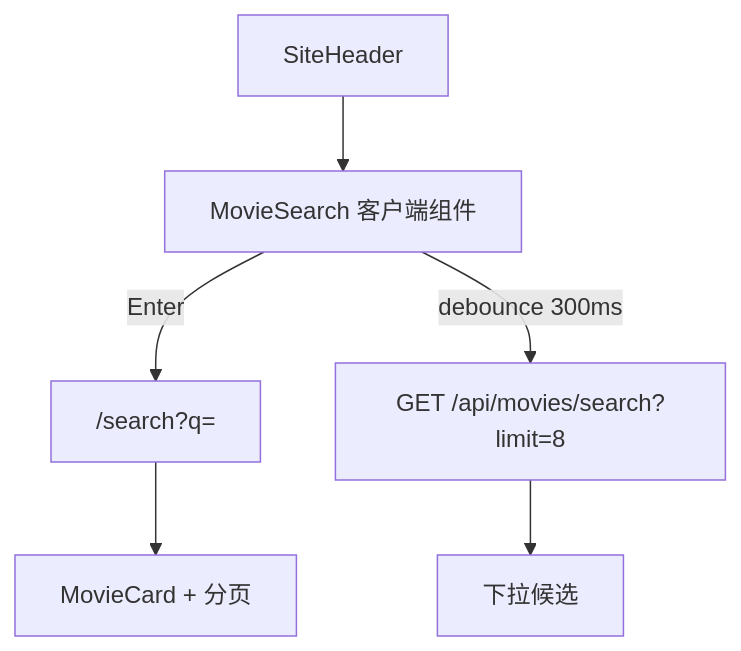
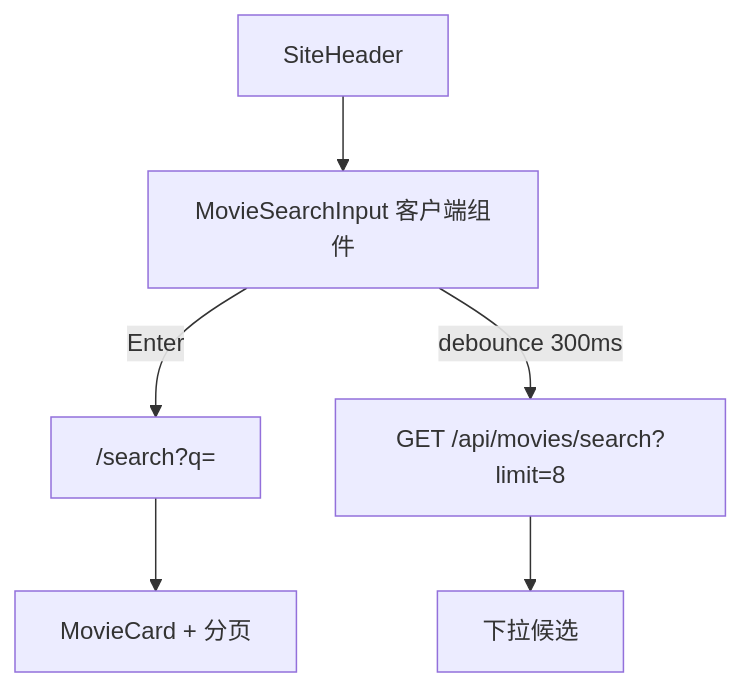
The second of 2 diagrams in docs/technical/movie-search-scheme.md (xue7106211/station-zero), drawn with Mermaid before and after one commit. The commit also changed other lines of this file and 9 other files, not shown here.

````diff
--- a/docs/technical/movie-search-scheme.md
+++ b/docs/technical/movie-search-scheme.md
@@ -242,8 +244,8 @@
 ```mermaid
 flowchart TB
-  header[SiteHeader] --> input[MovieSearch 客户端组件]
+  header[SiteHeader] --> input[MovieSearchInput 客户端组件]
   input -->|Enter| searchPage["/search?q="]
   input -->|debounce 300ms| suggest["GET /api/movies/search?limit=8"]
   suggest --> dropdown[下拉候选]
   searchPage --> grid[MovieCard + 分页]
 ```
````
